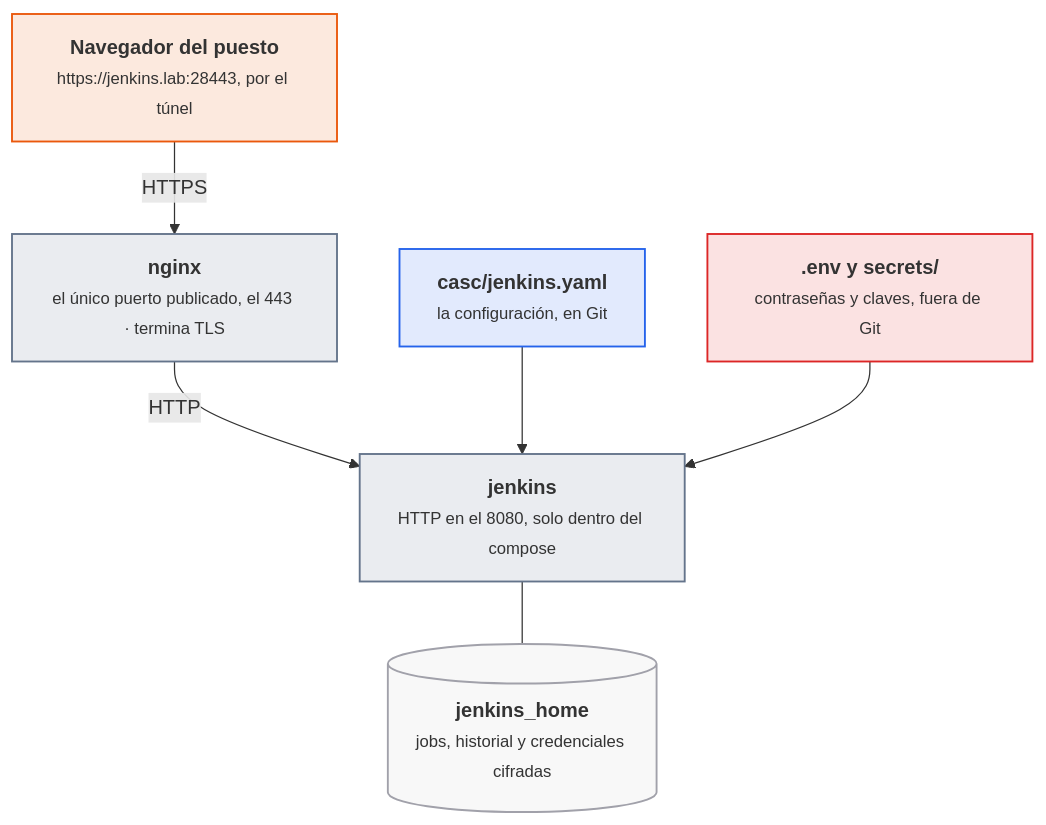
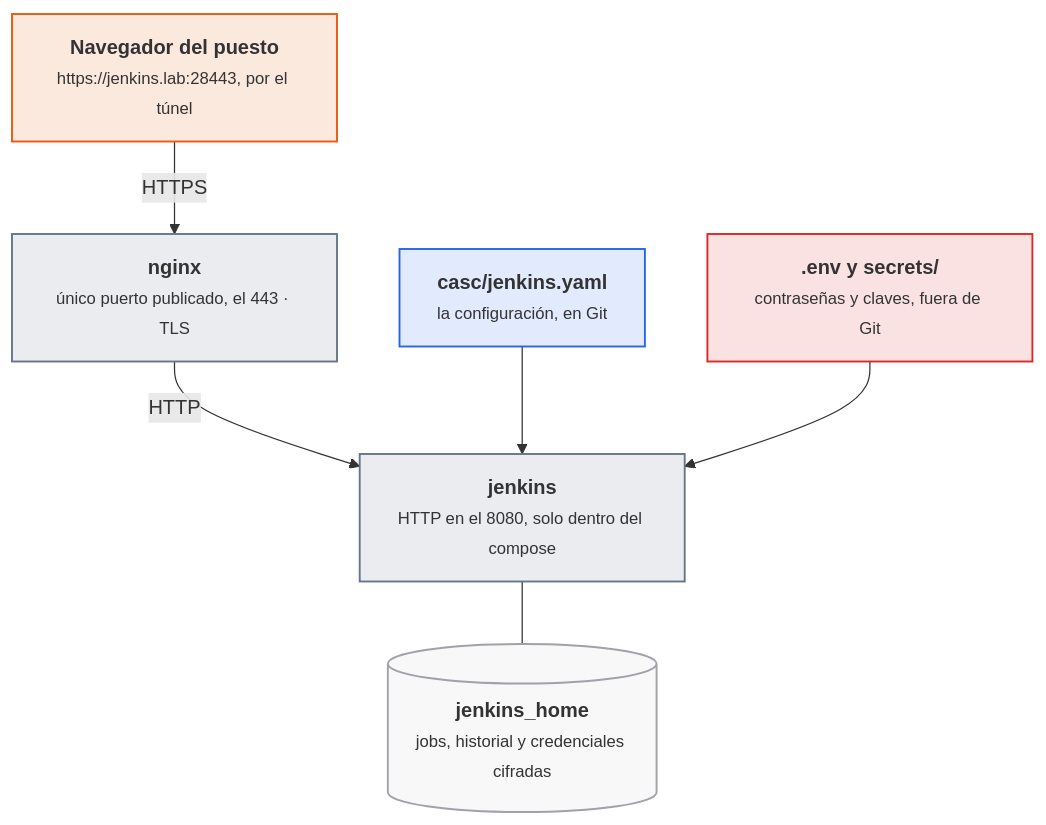
Before and after one commit to victor-educ/apuntes-5166: the third of 7 diagrams in docs/ut/ut6-ci.md, drawn with Mermaid. The commit also changed other lines of this file and 5 other files, not shown here.

````diff
--- a/docs/ut/ut6-ci.md
+++ b/docs/ut/ut6-ci.md
@@ -183,19 +229,18 @@
 ```mermaid
 flowchart TB
     NAV["<b>Navegador del puesto</b><br><small>https://jenkins.lab:28443, por el túnel</small>"]:::act
-    NG["<b>nginx</b><br><small>el único puerto publicado, el 443 · termina TLS</small>"]:::pieza
+    NG["<b>nginx</b><br><small>único puerto publicado, el 443 · TLS</small>"]:::pieza
     JK["<b>jenkins</b><br><small>HTTP en el 8080, solo dentro del compose</small>"]:::pieza
     CASC["<b>casc/jenkins.yaml</b><br><small>la configuración, en Git</small>"]:::dato
     SEC["<b>.env y secrets/</b><br><small>contraseñas y claves, fuera de Git</small>"]:::riesgo
     HOME[("<b>jenkins_home</b><br><small>jobs, historial y credenciales cifradas</small>")]:::infra
     NAV -->|HTTPS| NG -->|HTTP| JK
     CASC --> JK
     SEC --> JK
     JK --- HOME
     classDef act fill:#ea580c22,stroke:#ea580c,stroke-width:1.5px
     classDef pieza fill:#64748b22,stroke:#64748b,stroke-width:1.5px
     classDef dato fill:#2563eb22,stroke:#2563eb,stroke-width:1.5px
     classDef infra fill:#a1a1aa14,stroke:#a1a1aa,stroke-width:1.5px
-    classDef ok fill:#16a34a22,stroke:#16a34a,stroke-width:1.5px
     classDef riesgo fill:#dc262622,stroke:#dc2626,stroke-width:1.5px
 ```
````
